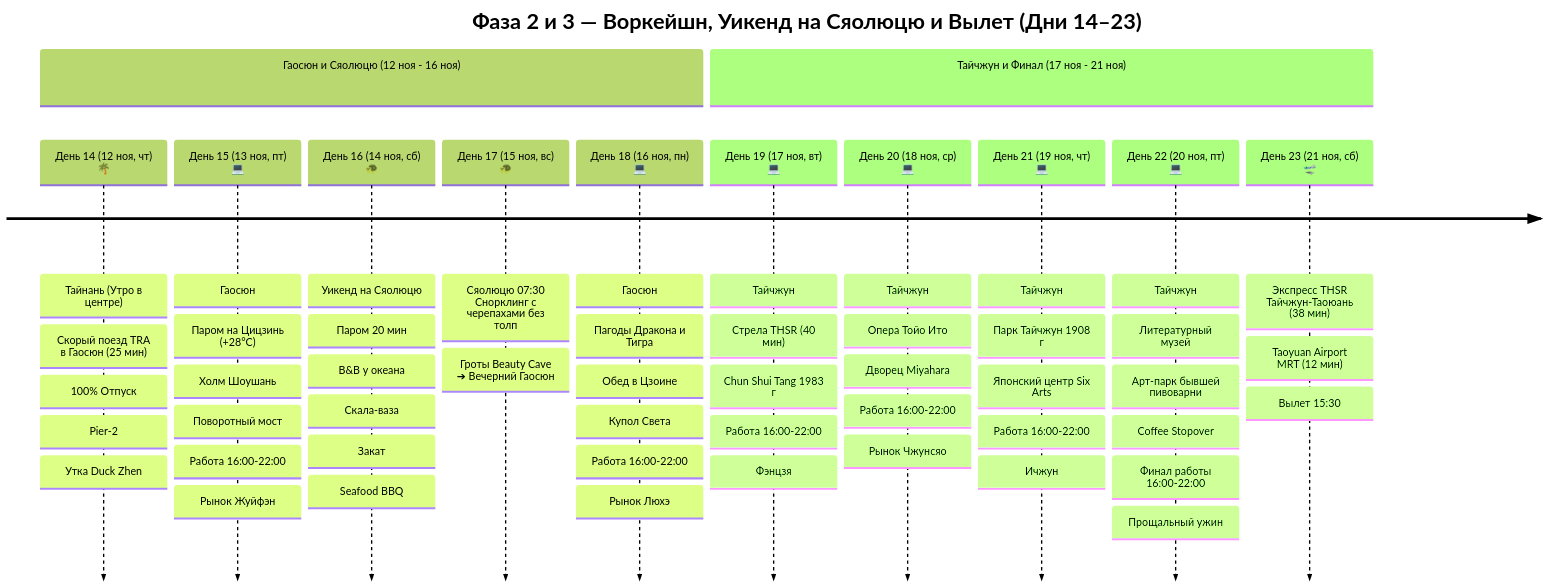
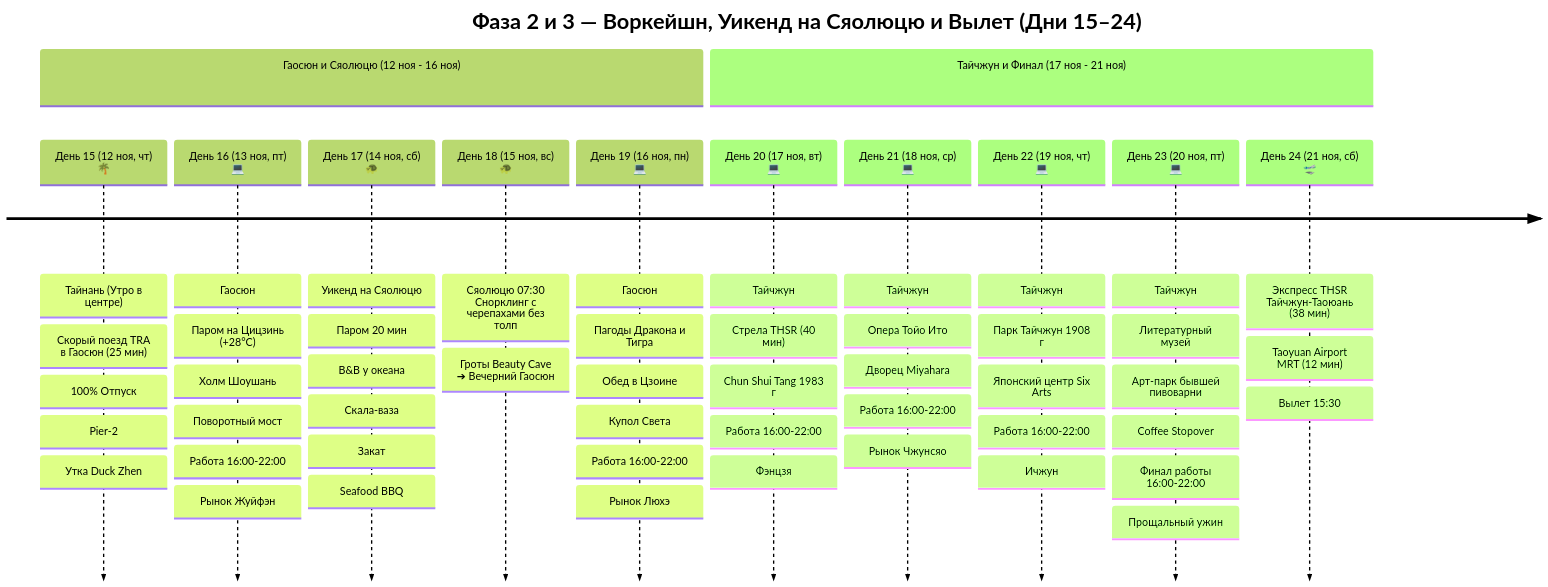
Before and after one commit to injurka/obsidian-mark: the second of 2 diagrams in Personal Note/Travel/-- Taiwan/Taiwan.md, drawn with Mermaid (forest theme). The commit also changed other lines of this file and 38 other files, not shown here.

````diff
--- a/Personal Note/Travel/-- Taiwan/Taiwan.md
+++ b/Personal Note/Travel/-- Taiwan/Taiwan.md
@@ -51,16 +48,16 @@
 ```mermaid
 timeline
-    title Фаза 2 и 3 — Воркейшн, Уикенд на Сяолюцю и Вылет (Дни 14–23)
+    title Фаза 2 и 3 — Воркейшн, Уикенд на Сяолюцю и Вылет (Дни 15–24)
     section Гаосюн и Сяолюцю (12 ноя - 16 ноя)
-        День 14 (12 ноя, чт) 🌴 : Тайнань (Утро в центре) : Скорый поезд TRA в Гаосюн (25 мин) : 100% Отпуск : Pier-2 : Утка Duck Zhen
-        День 15 (13 ноя, пт) 💻 : Гаосюн : Паром на Цицзинь (+28°C) : Холм Шоушань : Поворотный мост : Работа 16:00-22:00 : Рынок Жуйфэн
-        День 16 (14 ноя, сб) 🐢 : Уикенд на Сяолюцю : Паром 20 мин : B&B у океана : Скала-ваза : Закат : Seafood BBQ
-        День 17 (15 ноя, вс) 🐢 : Сяолюцю 07:30 Снорклинг с черепахами без толп : Гроты Beauty Cave ➔ Вечерний Гаосюн
-        День 18 (16 ноя, пн) 💻 : Гаосюн : Пагоды Дракона и Тигра : Обед в Цзоине : Купол Света : Работа 16:00-22:00 : Рынок Люхэ
+        День 15 (12 ноя, чт) 🌴 : Тайнань (Утро в центре) : Скорый поезд TRA в Гаосюн (25 мин) : 100% Отпуск : Pier-2 : Утка Duck Zhen
+        День 16 (13 ноя, пт) 💻 : Гаосюн : Паром на Цицзинь (+28°C) : Холм Шоушань : Поворотный мост : Работа 16:00-22:00 : Рынок Жуйфэн
+        День 17 (14 ноя, сб) 🐢 : Уикенд на Сяолюцю : Паром 20 мин : B&B у океана : Скала-ваза : Закат : Seafood BBQ
+        День 18 (15 ноя, вс) 🐢 : Сяолюцю 07:30 Снорклинг с черепахами без толп : Гроты Beauty Cave ➔ Вечерний Гаосюн
+        День 19 (16 ноя, пн) 💻 : Гаосюн : Пагоды Дракона и Тигра : Обед в Цзоине : Купол Света : Работа 16:00-22:00 : Рынок Люхэ
     section Тайчжун и Финал (17 ноя - 21 ноя)
-        День 19 (17 ноя, вт) 💻 : Тайчжун : Стрела THSR (40 мин) : Chun Shui Tang 1983 г : Работа 16:00-22:00 : Фэнцзя
-        День 20 (18 ноя, ср) 💻 : Тайчжун : Опера Тойо Ито : Дворец Miyahara : Работа 16:00-22:00 : Рынок Чжунсяо
-        День 21 (19 ноя, чт) 💻 : Тайчжун : Парк Тайчжун 1908 г : Японский центр Six Arts : Работа 16:00-22:00 : Ичжун
-        День 22 (20 ноя, пт) 💻 : Тайчжун : Литературный музей : Арт-парк бывшей пивоварни : Coffee Stopover : Финал работы 16:00-22:00 : Прощальный ужин
-        День 23 (21 ноя, сб) 🛫 : Экспресс THSR Тайчжун-Таоюань (38 мин) : Taoyuan Airport MRT (12 мин) : Вылет 15:30
+        День 20 (17 ноя, вт) 💻 : Тайчжун : Стрела THSR (40 мин) : Chun Shui Tang 1983 г : Работа 16:00-22:00 : Фэнцзя
+        День 21 (18 ноя, ср) 💻 : Тайчжун : Опера Тойо Ито : Дворец Miyahara : Работа 16:00-22:00 : Рынок Чжунсяо
+        День 22 (19 ноя, чт) 💻 : Тайчжун : Парк Тайчжун 1908 г : Японский центр Six Arts : Работа 16:00-22:00 : Ичжун
+        День 23 (20 ноя, пт) 💻 : Тайчжун : Литературный музей : Арт-парк бывшей пивоварни : Coffee Stopover : Финал работы 16:00-22:00 : Прощальный ужин
+        День 24 (21 ноя, сб) 🛫 : Экспресс THSR Тайчжун-Таоюань (38 мин) : Taoyuan Airport MRT (12 мин) : Вылет 15:30
 ```
````
